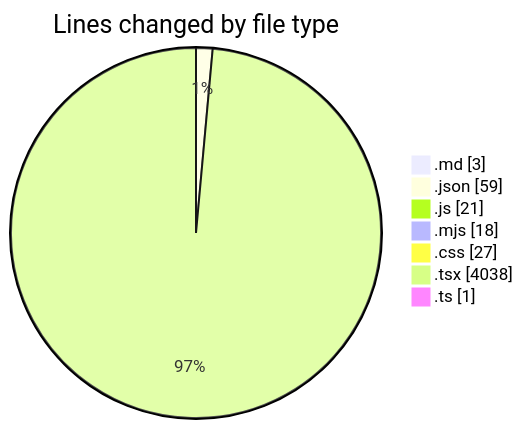
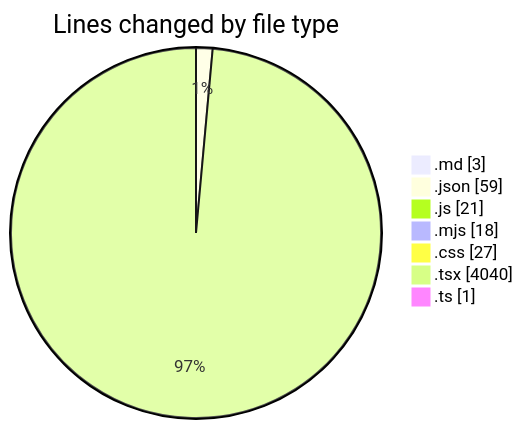
Before and after one commit to Ritupan-Deka/code-tracking: the first of 2 diagrams in 2025-06-18/scopesketch-app/README.md, drawn with Mermaid. The commit also changed other lines of this file and 1 other file, not shown here.

````diff
--- a/2025-06-18/scopesketch-app/README.md
+++ b/2025-06-18/scopesketch-app/README.md
@@ -29,11 +29,11 @@
 ```mermaid
 pie showData
 title Lines changed by file type
 ".md" : 3
 ".json" : 59
 ".js" : 21
 ".mjs" : 18
 ".css" : 27
-".tsx" : 4038
+".tsx" : 4040
 ".ts" : 1
 ```
````
